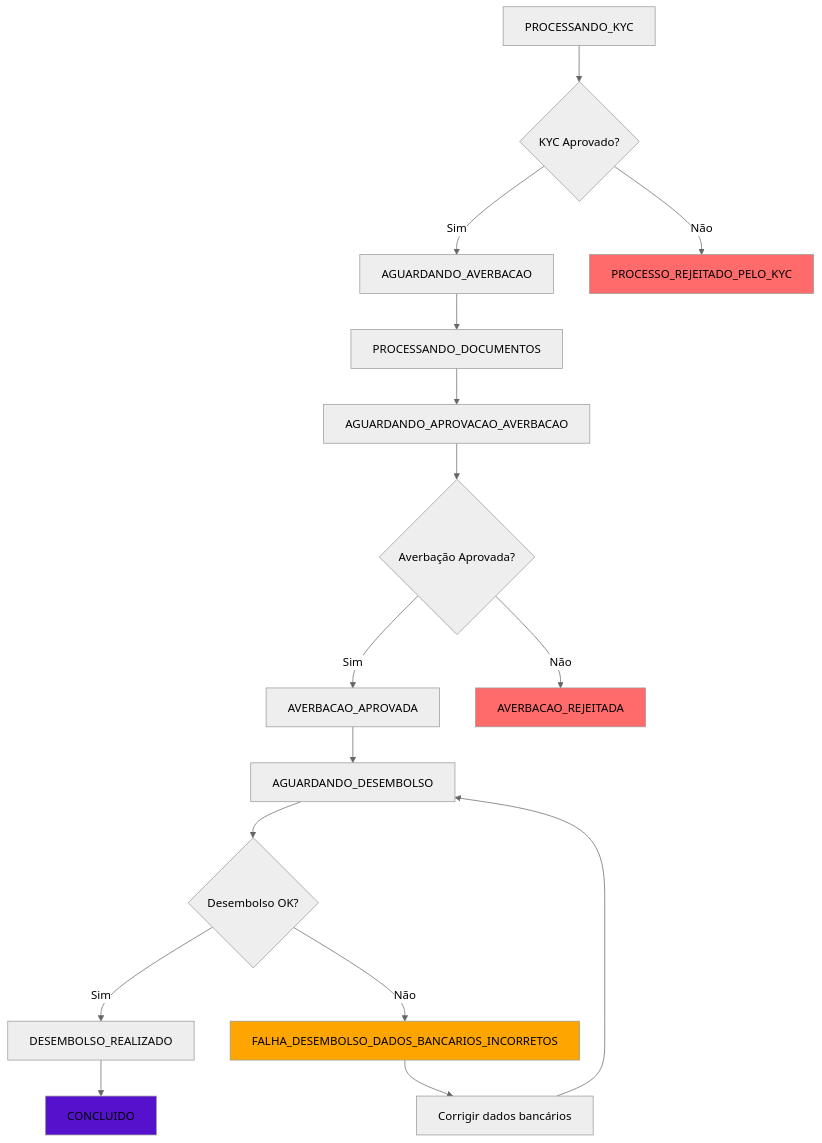
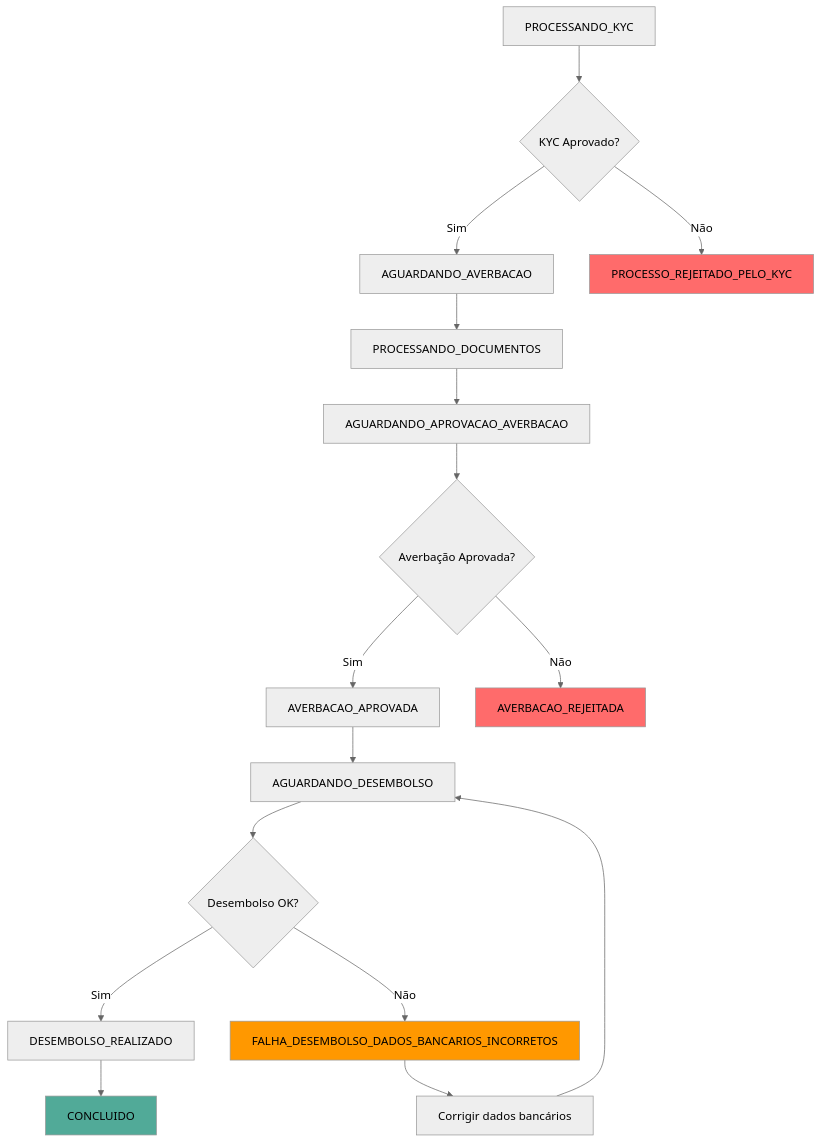
Before and after one commit to amandamussio/docs: the diagram in e-consignado/casos-de-uso/contratação-ativa/webhooks-e-eventos/03-evento-de-resultado-de-proposta.mdx, drawn with Mermaid (neutral theme).

Commit message:
add weebhook 3

````diff
--- a/e-consignado/casos-de-uso/contratação-ativa/webhooks-e-eventos/03-evento-de-resultado-de-proposta.mdx
+++ b/e-consignado/casos-de-uso/contratação-ativa/webhooks-e-eventos/03-evento-de-resultado-de-proposta.mdx
@@ -129,23 +129,23 @@
 ```mermaid
 graph TD
     A[PROCESSANDO_KYC] --> B{KYC Aprovado?}
     B -->|Sim| C[AGUARDANDO_AVERBACAO]
     B -->|Não| D[PROCESSO_REJEITADO_PELO_KYC]
     C --> E[PROCESSANDO_DOCUMENTOS]
     E --> F[AGUARDANDO_APROVACAO_AVERBACAO]
     F --> G{Averbação Aprovada?}
     G -->|Sim| H[AVERBACAO_APROVADA]
     G -->|Não| I[AVERBACAO_REJEITADA]
     H --> J[AGUARDANDO_DESEMBOLSO]
     J --> K{Desembolso OK?}
     K -->|Sim| L[DESEMBOLSO_REALIZADO]
     K -->|Não| M[FALHA_DESEMBOLSO_DADOS_BANCARIOS_INCORRETOS]
     M --> N[Corrigir dados bancários]
     N --> J
     L --> O[CONCLUIDO]
     
     style D fill:#ff6b6b
     style I fill:#ff6b6b
-    style M fill:#ffa500
-    style O fill:#51cf
+    style M fill:#ff9800
+    style O fill:#51aa98
 ```
````
